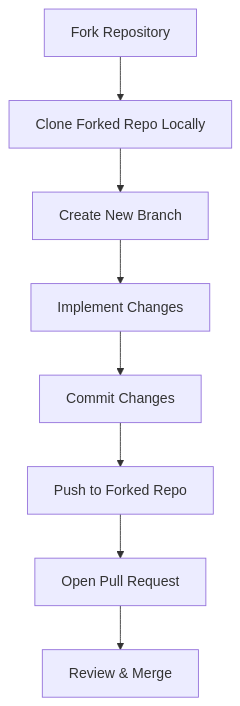
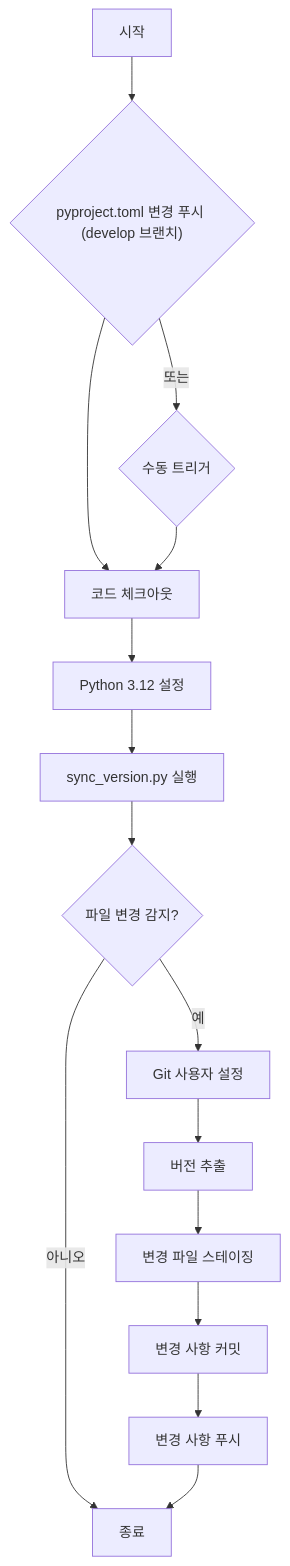
One commit to catuscio/wiki-as-readme changed diagram 18 of 19 in examples/wiki_as_README.md. Above: the diagram before and after it, drawn with Mermaid. The commit also changed other lines of this file, not shown here.

````diff
--- a/examples/wiki_as_README.md
+++ b/examples/wiki_as_README.md
@@ -2220,10 +2235,17 @@
 ```mermaid
 graph TD
-    A["Fork Repository"] --> B["Clone Forked Repo Locally"];
-    B --> C["Create New Branch"];
-    C --> D["Implement Changes"];
-    D --> E["Commit Changes"];
-    E --> F["Push to Forked Repo"];
-    F --> G["Open Pull Request"];
-    G --> H["Review & Merge"];
+    A["시작"] --> B{"pyproject.toml 변경 푸시 (develop 브랜치)"};
+    B -- 또는 --> C{"수동 트리거"};
+    B --> D["코드 체크아웃"];
+    C --> D;
+    D --> E["Python 3.12 설정"];
+    E --> F["sync_version.py 실행"];
+    F --> G{"파일 변경 감지?"};
+    G -- "아니오" --> H["종료"];
+    G -- "예" --> I["Git 사용자 설정"];
+    I --> J["버전 추출"];
+    J --> K["변경 파일 스테이징"];
+    K --> L["변경 사항 커밋"];
+    L --> M["변경 사항 푸시"];
+    M --> H;
 ```
````
